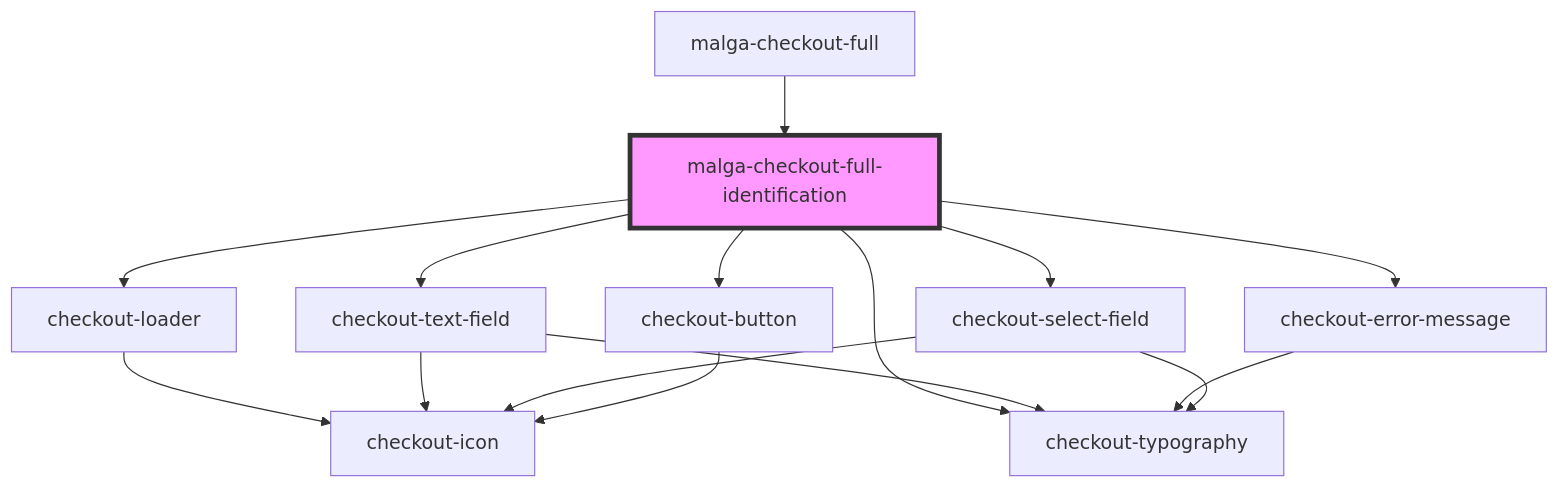
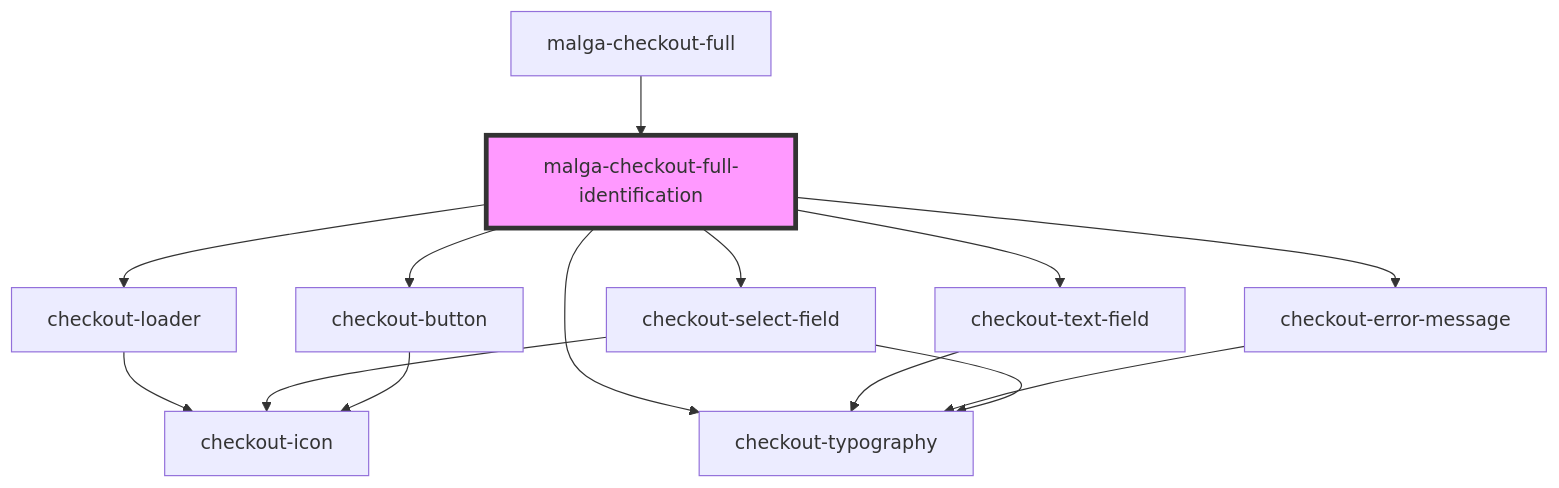
Before and after one commit to plughacker/malga-checkout: the diagram in packages/checkout-full/core/src/components/malga-checkout-full/partials/malga-checkout-full-identification/readme.md, drawn with Mermaid. The commit also changed 25 other files, not shown here.

````diff
--- a/packages/checkout-full/core/src/components/malga-checkout-full/partials/malga-checkout-full-identification/readme.md
+++ b/packages/checkout-full/core/src/components/malga-checkout-full/partials/malga-checkout-full-identification/readme.md
@@ -41,18 +41,17 @@
 ```mermaid
 graph TD;
   malga-checkout-full-identification --> checkout-loader
   malga-checkout-full-identification --> checkout-typography
   malga-checkout-full-identification --> checkout-text-field
   malga-checkout-full-identification --> checkout-error-message
   malga-checkout-full-identification --> checkout-select-field
   malga-checkout-full-identification --> checkout-button
   checkout-loader --> checkout-icon
   checkout-text-field --> checkout-typography
-  checkout-text-field --> checkout-icon
   checkout-error-message --> checkout-typography
   checkout-select-field --> checkout-typography
   checkout-select-field --> checkout-icon
   checkout-button --> checkout-icon
   malga-checkout-full --> malga-checkout-full-identification
   style malga-checkout-full-identification fill:#f9f,stroke:#333,stroke-width:4px
 ```
````
